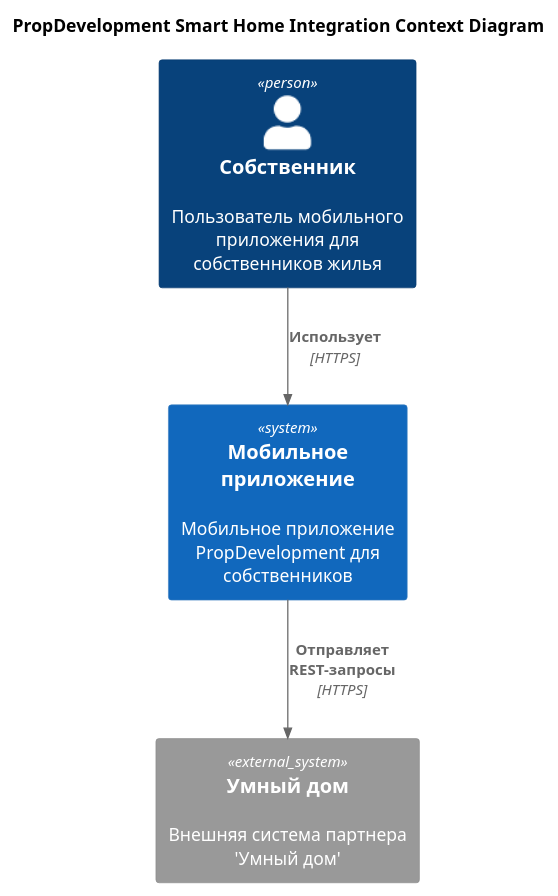
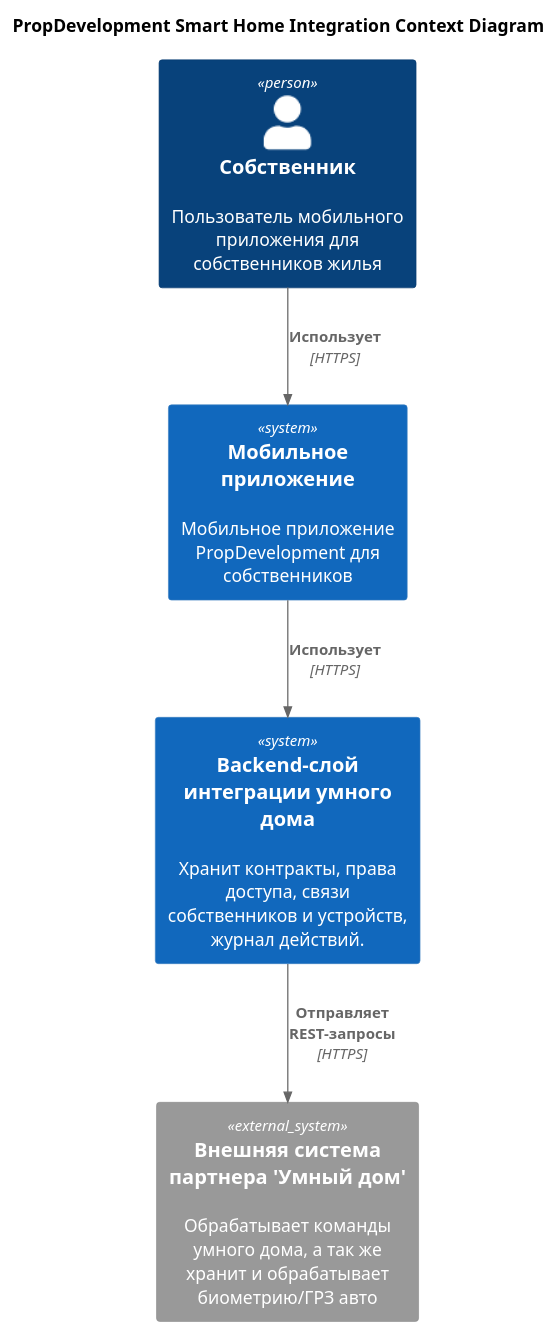
The diagram in Task3/C4_Context.puml (santechniqueue/architecture-pro-propdevelopment), drawn with PlantUML before and after one commit. The commit also changed 2 other files, not shown here.

Commit message:
Task 3 Context diagram updated

```diff
--- a/Task3/C4_Context.puml
+++ b/Task3/C4_Context.puml
@@ -1,17 +1,19 @@
 @startuml
 title PropDevelopment Smart Home Integration Context Diagram
 
 top to bottom direction
 
 !include https://raw.githubusercontent.com/plantuml-stdlib/C4-PlantUML/master/C4_Context.puml
 
 Person(User, "Собственник", "Пользователь мобильного приложения для собственников жилья")
 
 System(PropDevelopmentApp, "Мобильное приложение", "Мобильное приложение PropDevelopment для собственников")
+System(SmartHomeIntegration, "Backend-слой интеграции умного дома", "Хранит контракты, права доступа, связи собственников и устройств, журнал действий.")
 
-System_Ext(SmartHomeExternal, "Умный дом", "Внешняя система партнера 'Умный дом'")
+System_Ext(SmartHomeExternal, "Внешняя система партнера 'Умный дом'", "Обрабатывает команды умного дома, а так же хранит и обрабатывает биометрию/ГРЗ авто")
 
 Rel(User, PropDevelopmentApp, "Использует", "HTTPS")
-Rel(PropDevelopmentApp, SmartHomeExternal, "Отправляет REST-запросы", "HTTPS")
+Rel(PropDevelopmentApp, SmartHomeIntegration, "Использует", "HTTPS")
+Rel(SmartHomeIntegration, SmartHomeExternal, "Отправляет REST-запросы", "HTTPS")
 
 @enduml
```
